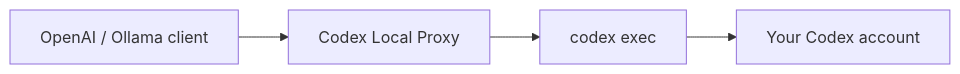
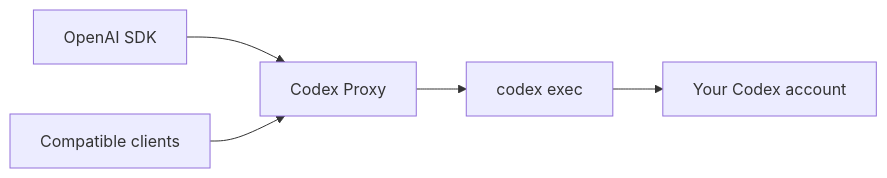
The diagram in README.md (djdevpro/codex-proxy), drawn with Mermaid before and after one commit. The commit also changed other lines of this file and 6 other files, not shown here.

Commit message:
chore: align Codex Proxy branding

````diff
--- a/README.md
+++ b/README.md
@@ -40,6 +40,7 @@
 ```mermaid
 flowchart LR
-    A["OpenAI / Ollama client"] --> P["Codex Local Proxy"]
+    A["OpenAI SDK"] --> P["Codex Proxy"]
+    B["Compatible clients"] --> P
     P --> C["codex exec"]
     C --> O["Your Codex account"]
 ```
````
